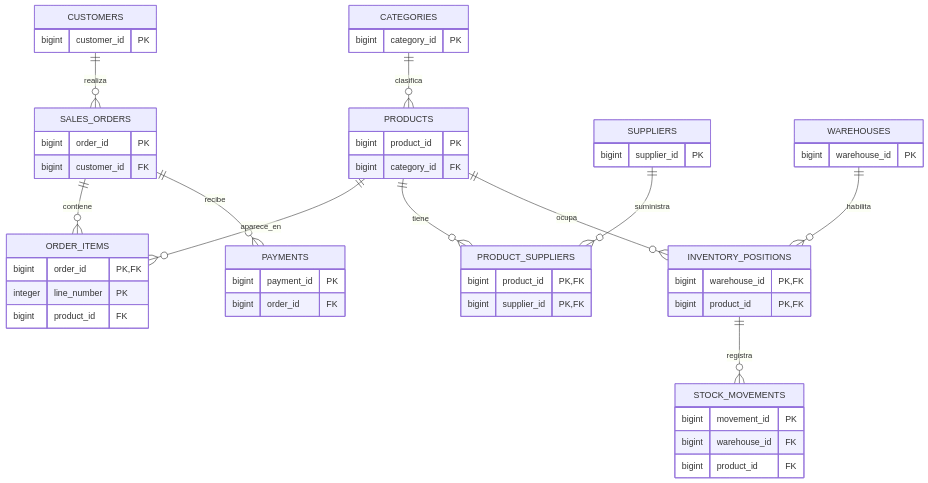
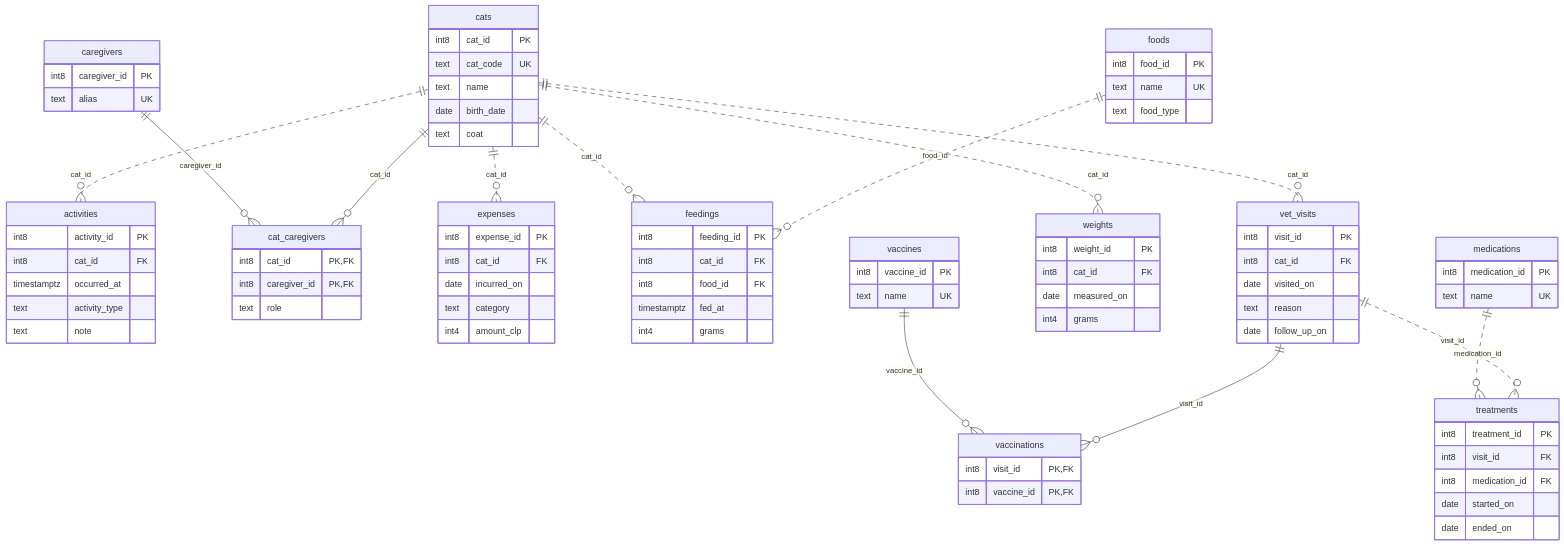
Before and after one commit to JonathanKaiKira/catdb-postgresql: the diagram in docs/modelo.md, drawn with Mermaid. The commit also changed other lines of this file and 29 other files, not shown here.

````diff
--- a/docs/modelo.md
+++ b/docs/modelo.md
@@ -11,55 +7,89 @@
 ```mermaid
 erDiagram
-    CUSTOMERS ||--o{ SALES_ORDERS : realiza
-    SALES_ORDERS ||--o{ ORDER_ITEMS : contiene
-    SALES_ORDERS ||--o{ PAYMENTS : recibe
-    PRODUCTS ||--o{ ORDER_ITEMS : aparece_en
-    CATEGORIES ||--o{ PRODUCTS : clasifica
-    PRODUCTS ||--o{ PRODUCT_SUPPLIERS : tiene
-    SUPPLIERS ||--o{ PRODUCT_SUPPLIERS : suministra
-    WAREHOUSES ||--o{ INVENTORY_POSITIONS : habilita
-    PRODUCTS ||--o{ INVENTORY_POSITIONS : ocupa
-    INVENTORY_POSITIONS ||--o{ STOCK_MOVEMENTS : registra
-    CUSTOMERS {
-        bigint customer_id PK
+    activities {
+        int8 activity_id PK
+        int8 cat_id FK
+        timestamptz occurred_at
+        text activity_type
+        text note
     }
-    SALES_ORDERS {
-        bigint order_id PK
-        bigint customer_id FK
+    caregivers {
+        int8 caregiver_id PK
+        text alias UK
     }
-    ORDER_ITEMS {
-        bigint order_id PK,FK
-        integer line_number PK
-        bigint product_id FK
+    caregivers ||--o{ cat_caregivers : caregiver_id
+    cat_caregivers {
+        int8 cat_id PK,FK
+        int8 caregiver_id PK,FK
+        text role
     }
-    PAYMENTS {
-        bigint payment_id PK
-        bigint order_id FK
+    cats {
+        int8 cat_id PK
+        text cat_code UK
+        text name
+        date birth_date
+        text coat
     }
-    CATEGORIES {
-        bigint category_id PK
+    cats ||--o{ cat_caregivers : cat_id
+    cats ||..o{ activities : cat_id
+    cats ||..o{ expenses : cat_id
+    cats ||..o{ feedings : cat_id
+    cats ||..o{ vet_visits : cat_id
+    cats ||..o{ weights : cat_id
+    expenses {
+        int8 expense_id PK
+        int8 cat_id FK
+        date incurred_on
+        text category
+        int4 amount_clp
     }
-    PRODUCTS {
-        bigint product_id PK
-        bigint category_id FK
+    feedings {
+        int8 feeding_id PK
+        int8 cat_id FK
+        int8 food_id FK
+        timestamptz fed_at
+        int4 grams
     }
-    PRODUCT_SUPPLIERS {
-        bigint product_id PK,FK
-        bigint supplier_id PK,FK
+    foods {
+        int8 food_id PK
+        text name UK
+        text food_type
     }
-    SUPPLIERS {
-        bigint supplier_id PK
+    foods ||..o{ feedings : food_id
+    medications {
+        int8 medication_id PK
+        text name UK
     }
-    WAREHOUSES {
-        bigint warehouse_id PK
+    medications ||..o{ treatments : medication_id
+    treatments {
+        int8 treatment_id PK
+        int8 visit_id FK
+        int8 medication_id FK
+        date started_on
+        date ended_on
     }
-    INVENTORY_POSITIONS {
-        bigint warehouse_id PK,FK
-        bigint product_id PK,FK
+    vaccinations {
+        int8 visit_id PK,FK
+        int8 vaccine_id PK,FK
     }
-    STOCK_MOVEMENTS {
-        bigint movement_id PK
-        bigint warehouse_id FK
-        bigint product_id FK
+    vaccines {
+        int8 vaccine_id PK
+        text name UK
+    }
+    vaccines ||--o{ vaccinations : vaccine_id
+    vet_visits {
+        int8 visit_id PK
+        int8 cat_id FK
+        date visited_on
+        text reason
+        date follow_up_on
+    }
+    vet_visits ||--o{ vaccinations : visit_id
+    vet_visits ||..o{ treatments : visit_id
+    weights {
+        int8 weight_id PK
+        int8 cat_id FK
+        date measured_on
+        int4 grams
     }
 ```
````
